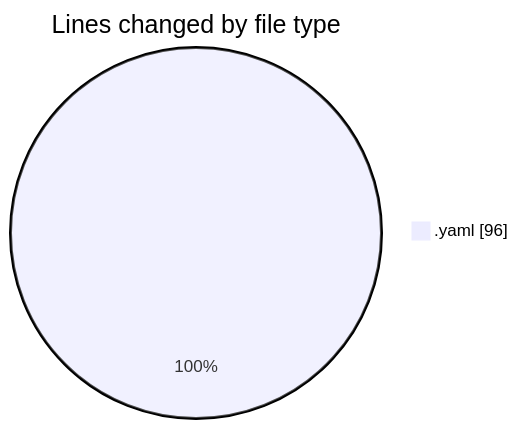
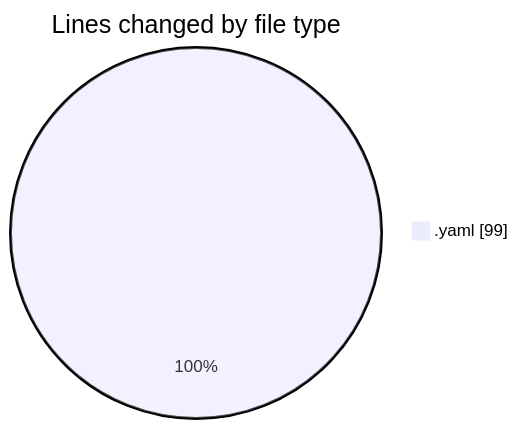
Before and after one commit to donsfak/code-tracking: the first of 2 diagrams in 2025-02-16/uber_clone_v1/README.md, drawn with Mermaid. The commit also changed other lines of this file and 1 other file, not shown here.

````diff
--- a/2025-02-16/uber_clone_v1/README.md
+++ b/2025-02-16/uber_clone_v1/README.md
@@ -20,5 +20,5 @@
 ```mermaid
 pie showData
 title Lines changed by file type
-".yaml" : 96
+".yaml" : 99
 ```
````
